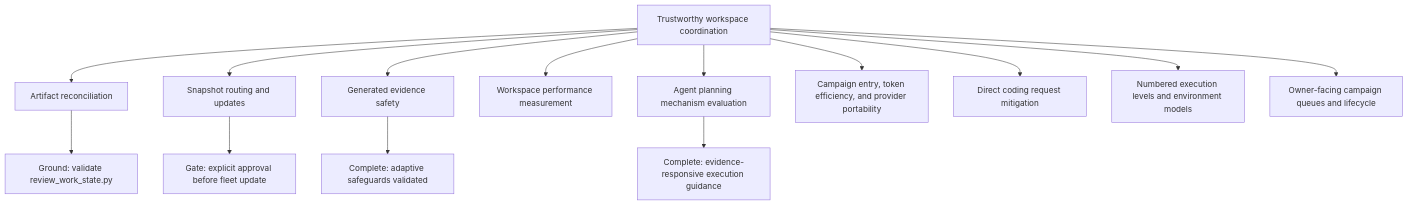
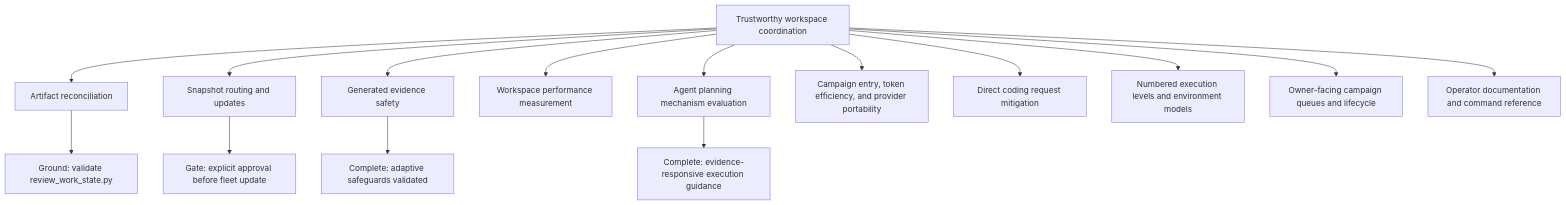
The diagram in work/maps/map-tool-shed-evolution.md (PC-Redemption/tool_shed), drawn with Mermaid before and after one commit. The commit also changed other lines of this file and 11 other files, not shown here.

Commit message:
Add Tool Shed AI command reference

````diff
--- a/work/maps/map-tool-shed-evolution.md
+++ b/work/maps/map-tool-shed-evolution.md
@@ -15,16 +15,17 @@
 ```mermaid
 flowchart TD
   A[Trustworthy workspace coordination] --> B[Artifact reconciliation]
   A --> C[Snapshot routing and updates]
   A --> F[Generated evidence safety]
   A --> H[Workspace performance measurement]
   A --> I[Agent planning mechanism evaluation]
   A --> K[Campaign entry, token efficiency, and provider portability]
   A --> L[Direct coding request mitigation]
   A --> M[Numbered execution levels and environment models]
   A --> N[Owner-facing campaign queues and lifecycle]
+  A --> O[Operator documentation and command reference]
   I --> J[Complete: evidence-responsive execution guidance]
   B --> D[Ground: validate review_work_state.py]
   C --> E[Gate: explicit approval before fleet update]
   F --> G[Complete: adaptive safeguards validated]
 ```
````
